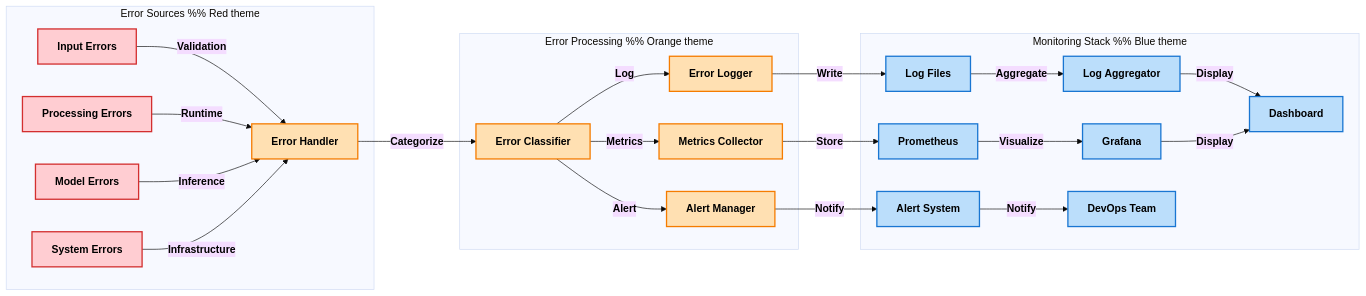
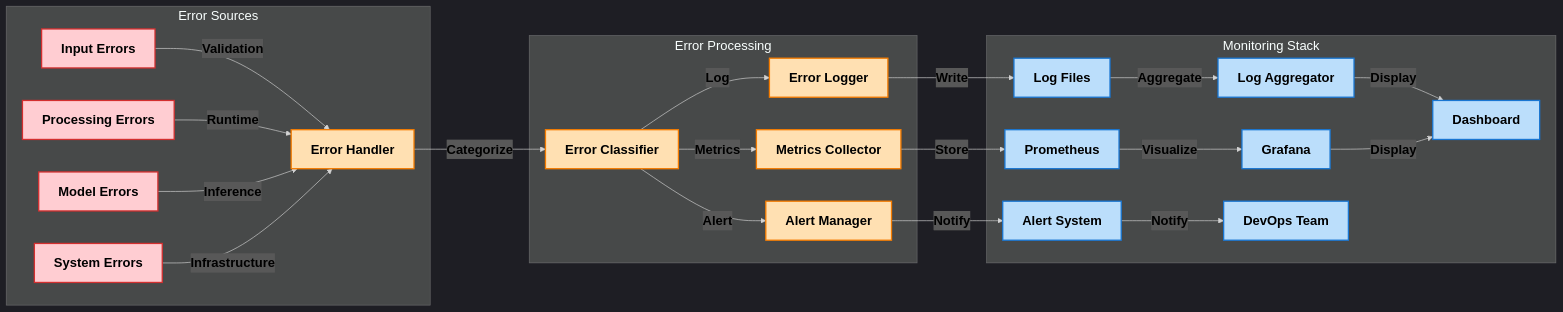
One commit to Dhruv0306/SymphonyProject1 changed the fourth of 5 diagrams in README.md. Above: the diagram before and after it, drawn with Mermaid. The commit also changed other lines of this file, not shown here.

````diff
--- a/README.md
+++ b/README.md
@@ -202,48 +202,48 @@
 ```mermaid
-%%{init: {'theme': 'base', 'themeVariables': { 'fontFamily': 'arial', 'fontSize': '16px'}}}%%
+%%{init: {'theme': 'dark', 'themeVariables': { 'fontFamily': 'arial', 'fontSize': '20px'}}}%%
 graph LR
-    subgraph "Error Sources" %% Red theme
+    subgraph "Error Sources"
         style A1 fill:#ffcdd2,stroke:#d32f2f,stroke-width:2px,color:#000000,font-weight:bold
         style A2 fill:#ffcdd2,stroke:#d32f2f,stroke-width:2px,color:#000000,font-weight:bold
         style A3 fill:#ffcdd2,stroke:#d32f2f,stroke-width:2px,color:#000000,font-weight:bold
         style A4 fill:#ffcdd2,stroke:#d32f2f,stroke-width:2px,color:#000000,font-weight:bold
         A1[Input Errors] -->|Validation| B[Error Handler]
         A2[Processing Errors] -->|Runtime| B
         A3[Model Errors] -->|Inference| B
         A4[System Errors] -->|Infrastructure| B
     end
 
-    subgraph "Error Processing" %% Orange theme
+    subgraph "Error Processing" 
         style B fill:#ffe0b2,stroke:#f57c00,stroke-width:2px,color:#000000,font-weight:bold
         style C fill:#ffe0b2,stroke:#f57c00,stroke-width:2px,color:#000000,font-weight:bold
         style D fill:#ffe0b2,stroke:#f57c00,stroke-width:2px,color:#000000,font-weight:bold
         style E fill:#ffe0b2,stroke:#f57c00,stroke-width:2px,color:#000000,font-weight:bold
         style F fill:#ffe0b2,stroke:#f57c00,stroke-width:2px,color:#000000,font-weight:bold
         B -->|Categorize| C[Error Classifier]
         C -->|Log| D[Error Logger]
         C -->|Alert| E[Alert Manager]
         C -->|Metrics| F[Metrics Collector]
     end
 
-    subgraph "Monitoring Stack" %% Blue theme
+    subgraph "Monitoring Stack" 
         style G fill:#bbdefb,stroke:#1976d2,stroke-width:2px,color:#000000,font-weight:bold
         style H fill:#bbdefb,stroke:#1976d2,stroke-width:2px,color:#000000,font-weight:bold
         style I fill:#bbdefb,stroke:#1976d2,stroke-width:2px,color:#000000,font-weight:bold
         style J fill:#bbdefb,stroke:#1976d2,stroke-width:2px,color:#000000,font-weight:bold
         style K fill:#bbdefb,stroke:#1976d2,stroke-width:2px,color:#000000,font-weight:bold
         style L fill:#bbdefb,stroke:#1976d2,stroke-width:2px,color:#000000,font-weight:bold
         style M fill:#bbdefb,stroke:#1976d2,stroke-width:2px,color:#000000,font-weight:bold
         D -->|Write| G[Log Files]
         E -->|Notify| H[Alert System]
         F -->|Store| I[Prometheus]
         
         G -->|Aggregate| J[Log Aggregator]
         I -->|Visualize| K[Grafana]
         
         J & K -->|Display| L[Dashboard]
         H -->|Notify| M[DevOps Team]
     end
 
     %% Style all edge labels
     linkStyle default color:#000000,font-weight:bold
 ```
````
